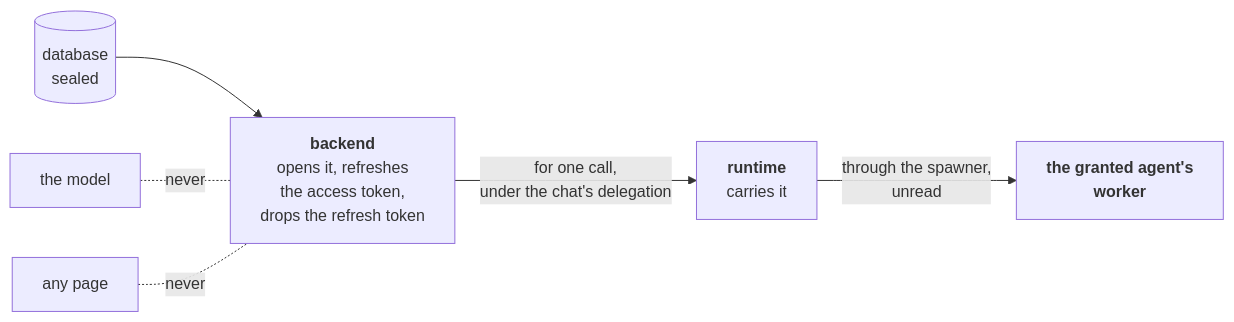
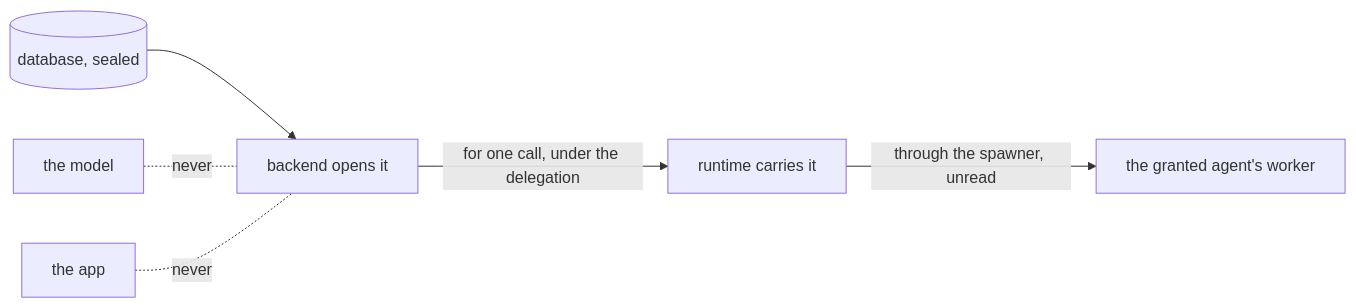
One commit to decentai-io/decentai changed the diagram in docs/paper/09-secrets-and-data.md. Above: the diagram before and after it, drawn with Mermaid. The commit also changed other lines of this file and 19 other files, not shown here.

````diff
--- a/docs/paper/09-secrets-and-data.md
+++ b/docs/paper/09-secrets-and-data.md
@@ -126,8 +145,8 @@
 ```mermaid
 flowchart LR
-    DB[("database<br/>sealed")] --> B["<b>backend</b><br/>opens it, refreshes<br/>the access token,<br/>drops the refresh token"]
-    B -->|"for one call,<br/>under the chat's delegation"| R["<b>runtime</b><br/>carries it"]
-    R -->|"through the spawner,<br/>unread"| W["<b>the granted agent's<br/>worker</b>"]
-    M["the model"] -. "never" .- B
-    P["any page"] -. "never" .- B
+    DB[("database, sealed")] --> B["backend opens it"]
+    B -->|"for one call, under the delegation"| R["runtime carries it"]
+    R -->|"through the spawner, unread"| W["the granted agent's worker"]
+    M["the model"] -.-|"never"| B
+    P["the app"] -.-|"never"| B
 ```
````
